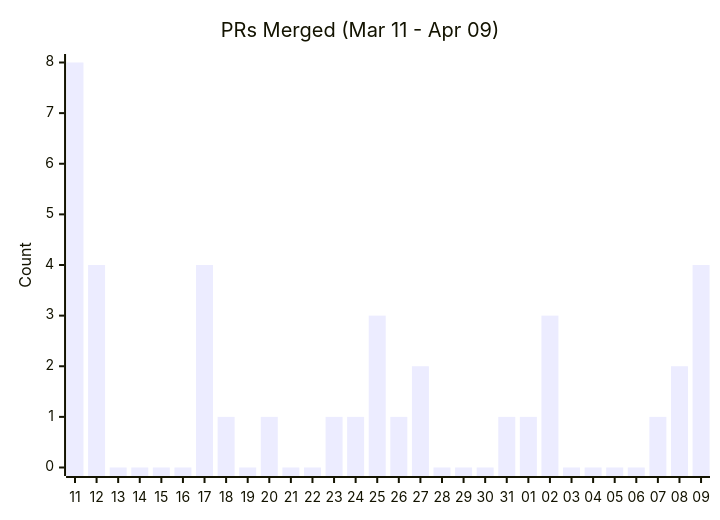
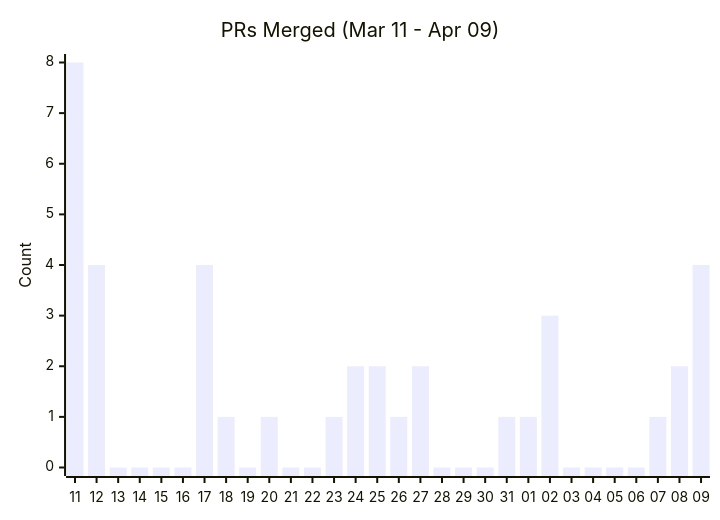
The second of 9 diagrams in triage/CONTRIBUTION_METRICS.md (cocosheng-g/gemini-cli), drawn with Mermaid before and after one commit. The commit also changed other lines of this file, not shown here.

````diff
--- a/triage/CONTRIBUTION_METRICS.md
+++ b/triage/CONTRIBUTION_METRICS.md
@@ -22,7 +22,7 @@
 ```mermaid
 xychart-beta
     title "PRs Merged (Mar 11 - Apr 09)"
     x-axis ["11", "12​", "13​​", "14​​​", "15​​​​", "16​​​​​", "17​​​​​​", "18​​​​​​​", "19​​​​​​​​", "20​​​​​​​​​", "21​​​​​​​​​​", "22​​​​​​​​​​​", "23​​​​​​​​​​​​", "24​​​​​​​​​​​​​", "25​​​​​​​​​​​​​​", "26​​​​​​​​​​​​​​​", "27​​​​​​​​​​​​​​​​", "28​​​​​​​​​​​​​​​​​", "29​​​​​​​​​​​​​​​​​​", "30​​​​​​​​​​​​​​​​​​​", "31​​​​​​​​​​​​​​​​​​​​", "01​​​​​​​​​​​​​​​​​​​​​", "02​​​​​​​​​​​​​​​​​​​​​​", "03​​​​​​​​​​​​​​​​​​​​​​​", "04​​​​​​​​​​​​​​​​​​​​​​​​", "05​​​​​​​​​​​​​​​​​​​​​​​​​", "06​​​​​​​​​​​​​​​​​​​​​​​​​​", "07​​​​​​​​​​​​​​​​​​​​​​​​​​​", "08​​​​​​​​​​​​​​​​​​​​​​​​​​​​", "09​​​​​​​​​​​​​​​​​​​​​​​​​​​​​"]
     y-axis "Count"
-    bar [8, 4, 0, 0, 0, 0, 4, 1, 0, 1, 0, 0, 1, 1, 3, 1, 2, 0, 0, 0, 1, 1, 3, 0, 0, 0, 0, 1, 2, 4]
+    bar [8, 4, 0, 0, 0, 0, 4, 1, 0, 1, 0, 0, 1, 2, 2, 1, 2, 0, 0, 0, 1, 1, 3, 0, 0, 0, 0, 1, 2, 4]
 ```
````
